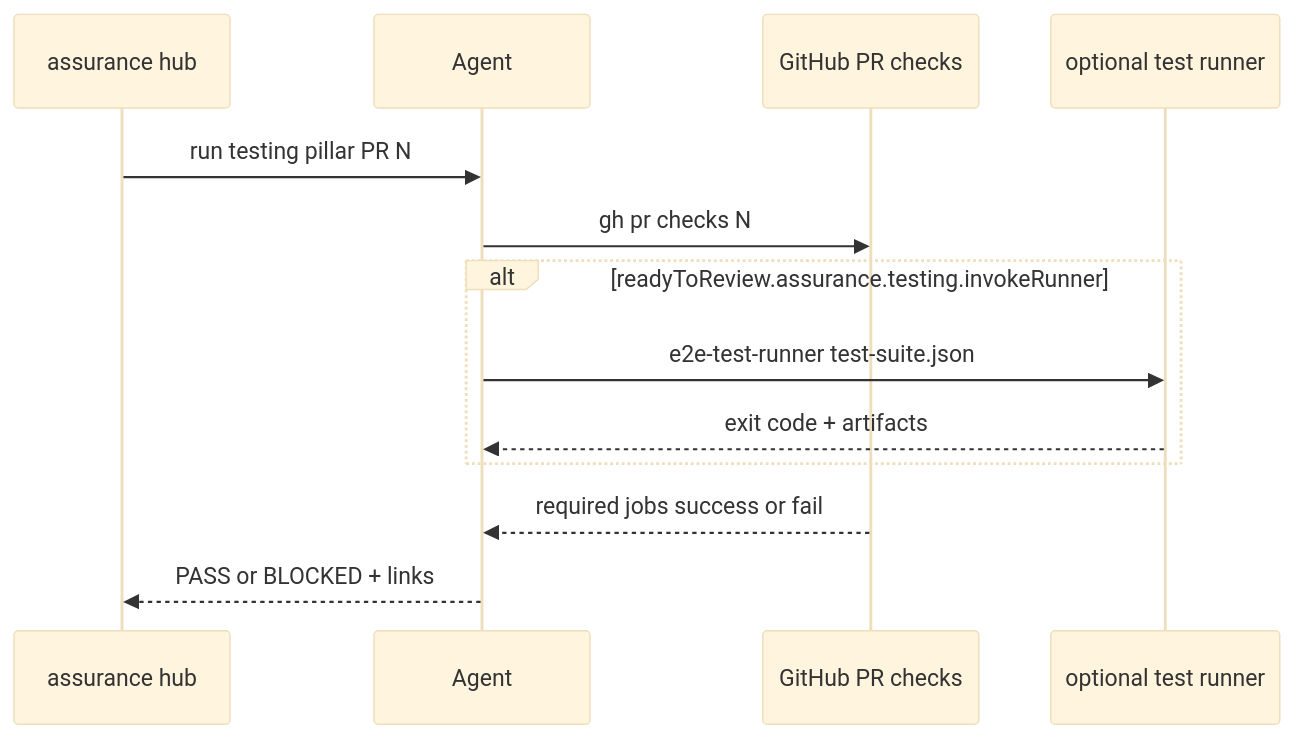
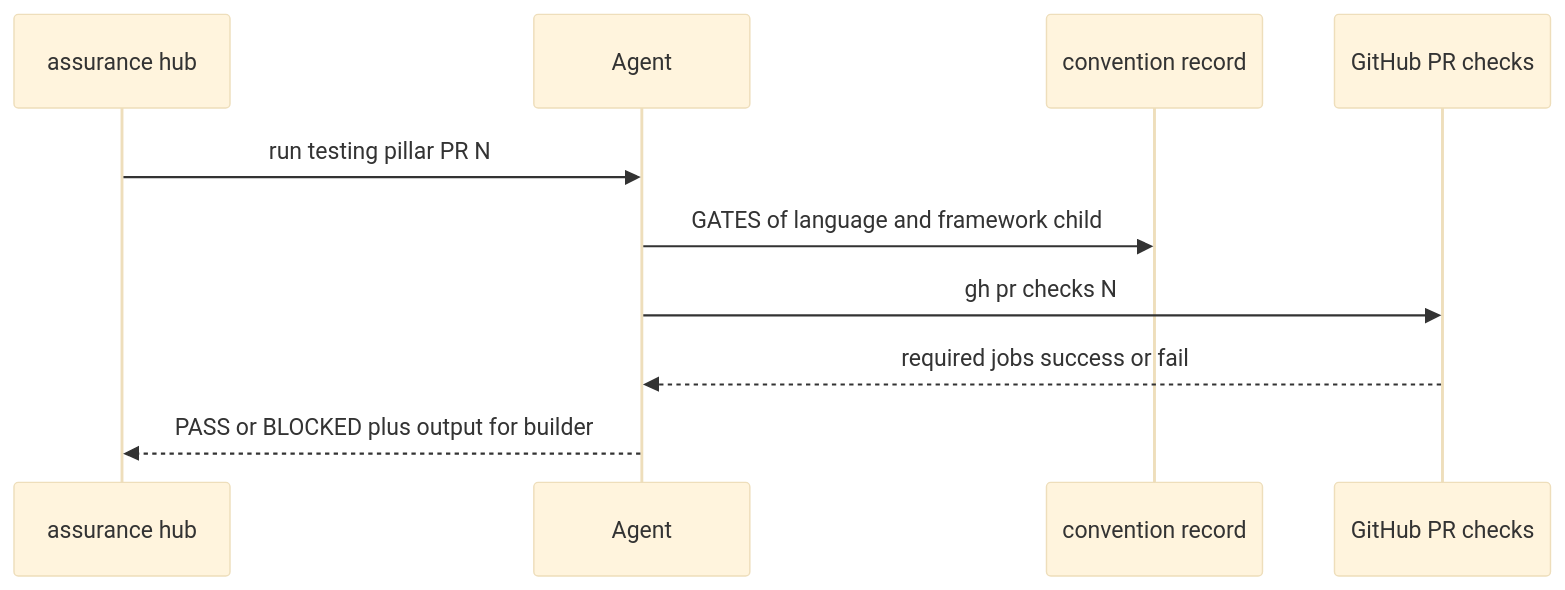
The second of 2 diagrams in toolkits/assurance-toolkit/references/testing/triage.md (chimeranext/better-toolkits), drawn with Mermaid (base theme) before and after one commit. The commit also changed other lines of this file and 23 other files, not shown here.

````diff
--- a/toolkits/assurance-toolkit/references/testing/triage.md
+++ b/toolkits/assurance-toolkit/references/testing/triage.md
@@ -35,16 +32,13 @@
 ```mermaid
 sequenceDiagram
   participant Hub as assurance hub
   participant Agent as Agent
+  participant Conv as convention record
   participant GH as GitHub PR checks
-  participant Runner as optional test runner
 
   Hub->>Agent: run testing pillar PR N
+  Agent->>Conv: GATES of language and framework child
   Agent->>GH: gh pr checks N
-  alt readyToReview.assurance.testing.invokeRunner
-    Agent->>Runner: e2e-test-runner test-suite.json
-    Runner-->>Agent: exit code + artifacts
-  end
   GH-->>Agent: required jobs success or fail
-  Agent-->>Hub: PASS or BLOCKED + links
+  Agent-->>Hub: PASS or BLOCKED plus output for builder
 ```
````
